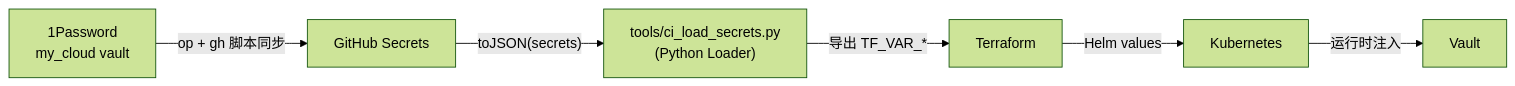
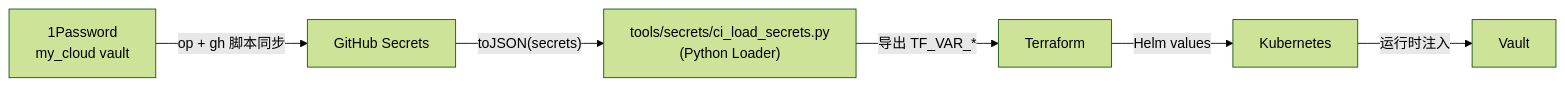
Before and after one commit to wangzitian0/infra: the first of 2 diagrams in docs/ssot/platform.secrets.md, drawn with Mermaid (forest theme). The commit also changed other lines of this file and 16 other files, not shown here.

````diff
--- a/docs/ssot/platform.secrets.md
+++ b/docs/ssot/platform.secrets.md
@@ -7,8 +7,8 @@
 ```mermaid
 graph LR
     OP[1Password<br/>my_cloud vault] -->|"op + gh 脚本同步"| GH[GitHub Secrets]
-    GH -->|"toJSON(secrets)"| Loader["tools/ci_load_secrets.py<br/>(Python Loader)"]
+    GH -->|"toJSON(secrets)"| Loader["tools/secrets/ci_load_secrets.py<br/>(Python Loader)"]
     Loader -->|导出 TF_VAR_*| TF[Terraform]
     TF -->|Helm values| K8S[Kubernetes]
     K8S -->|运行时注入| VAULT[Vault]
 ```
````
